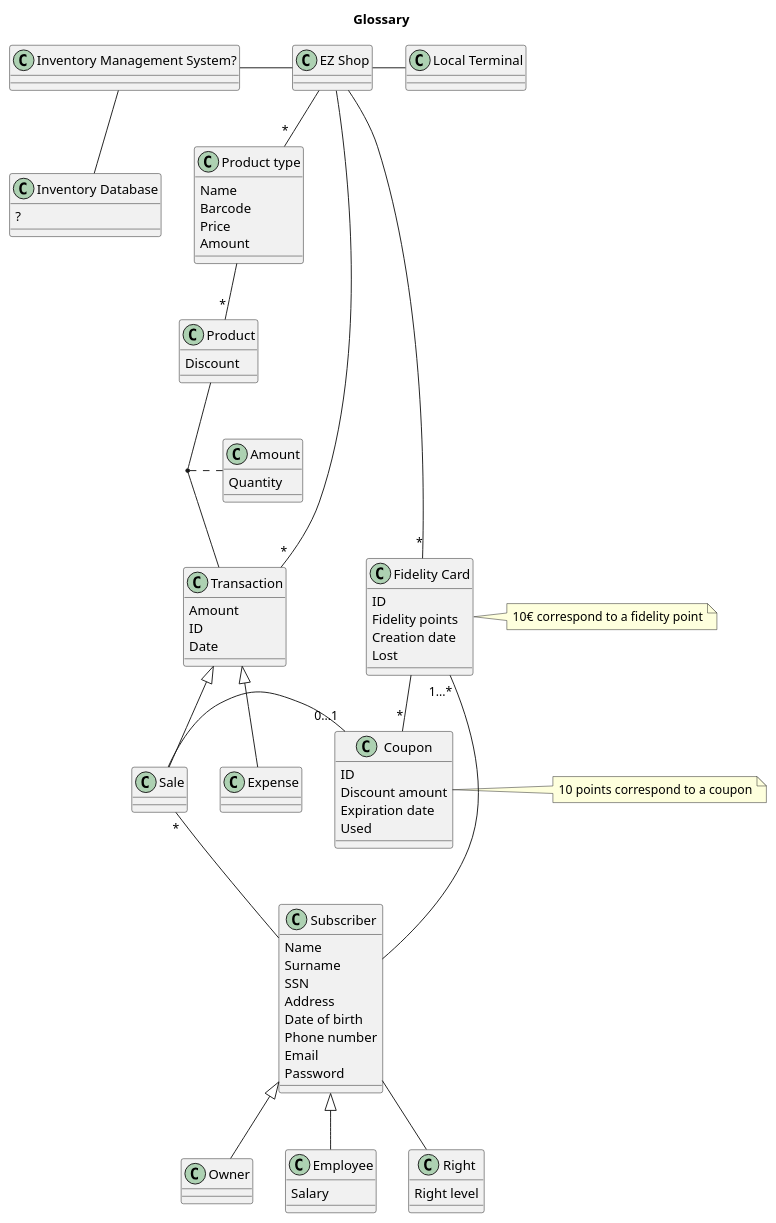
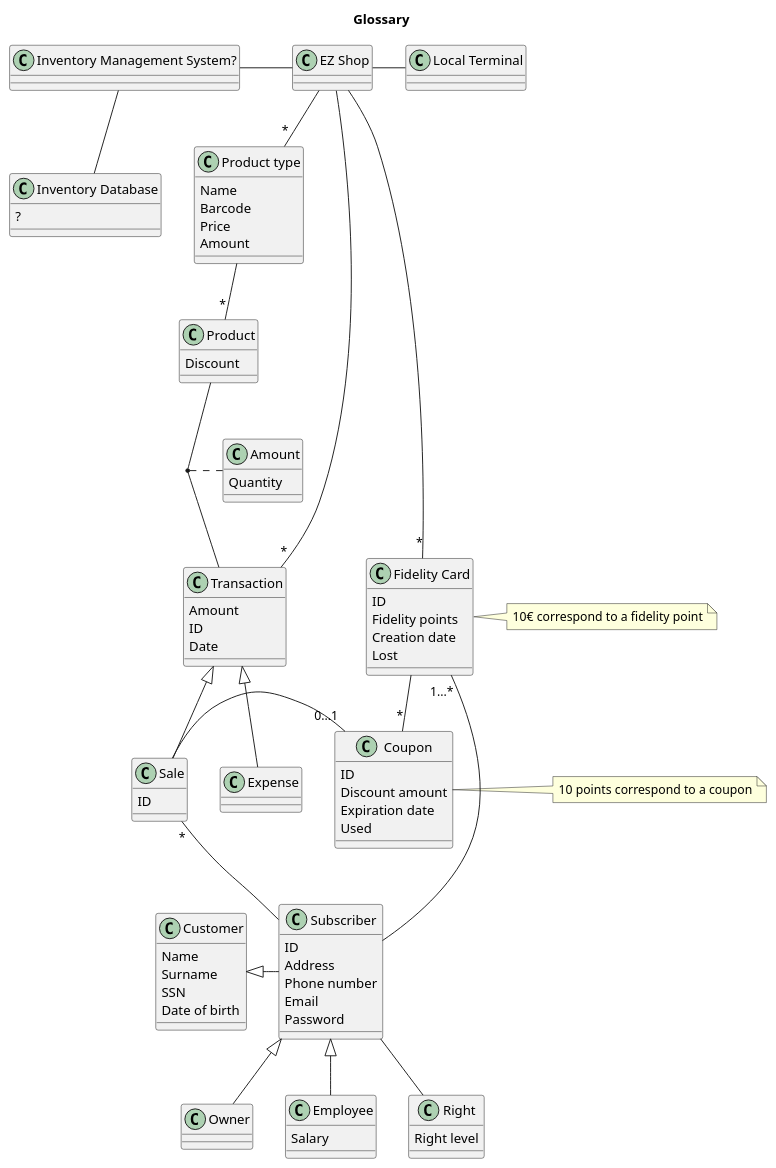
Before and after one commit to nicolabattaglino/ezshop: the second of 4 diagrams in Deliverables/RequirementsDocument.md, drawn with PlantUML.

```diff
--- a/Deliverables/RequirementsDocument.md
+++ b/Deliverables/RequirementsDocument.md
@@ -179,16 +179,19 @@
 
 
 class "Subscriber" as subscriber{
-Name
-Surname
-SSN
+ID
 Address
-Date of birth
 Phone number 
 Email
 Password
 }
 class "Owner" as owner{
+}
+class "Customer" as customer{
+Name
+Surname
+SSN
+Date of birth
 }
 class "Employee" as employee{
 Salary
@@ -234,6 +237,7 @@
 }
 
 class "Sale" as sale{
+ID
 }
 
 class "Amount" as amount{
@@ -262,7 +266,7 @@
 PT -- "*"product
 
 EZShop -- "*"transaction
-
+customer <|- subscriber
 transaction <|-- sale
 transaction <|-- expense
 fidelityCard -- "*"coupon 
```
